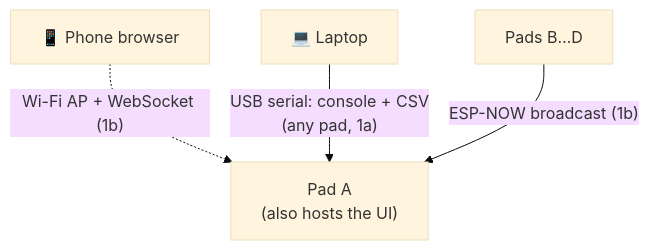
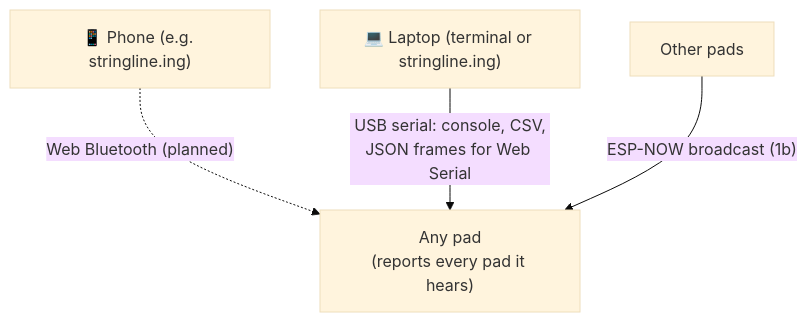
The first of 4 diagrams in docs/ARCHITECTURE.md (jaimebuildsthings/corner-balancer), drawn with Mermaid (base theme) before and after one commit. The commit also changed other lines of this file and 2 other files, not shown here.

Commit message:
docs: document the scales protocol; apps provide the UI
Any pad reports every pad it hears, so apps connect to one pad. Adds a
Web Serial example and drops the Wi-Fi access point UI from the
architecture: a hosted HTTPS app can't reach an http:// access point.

````diff
--- a/docs/ARCHITECTURE.md
+++ b/docs/ARCHITECTURE.md
@@ -11,10 +11,10 @@
 ```mermaid
 flowchart TB
-    phone["📱 Phone browser"]
-    laptop["💻 Laptop"]
-    A["Pad A<br/>(also hosts the UI)"]
-    B["Pads B…D"]
-    phone -. "Wi-Fi AP + WebSocket (1b)" .-> A
-    laptop -- "USB serial: console + CSV<br/>(any pad, 1a)" --> A
+    phone["📱 Phone (e.g. stringline.ing)"]
+    laptop["💻 Laptop (terminal or stringline.ing)"]
+    A["Any pad<br/>(reports every pad it hears)"]
+    B["Other pads"]
+    phone -. "Web Bluetooth (planned)" .-> A
+    laptop -- "USB serial: console, CSV,<br/>JSON frames for Web Serial" --> A
     B -- "ESP-NOW broadcast (1b)" --> A
 ```
````
